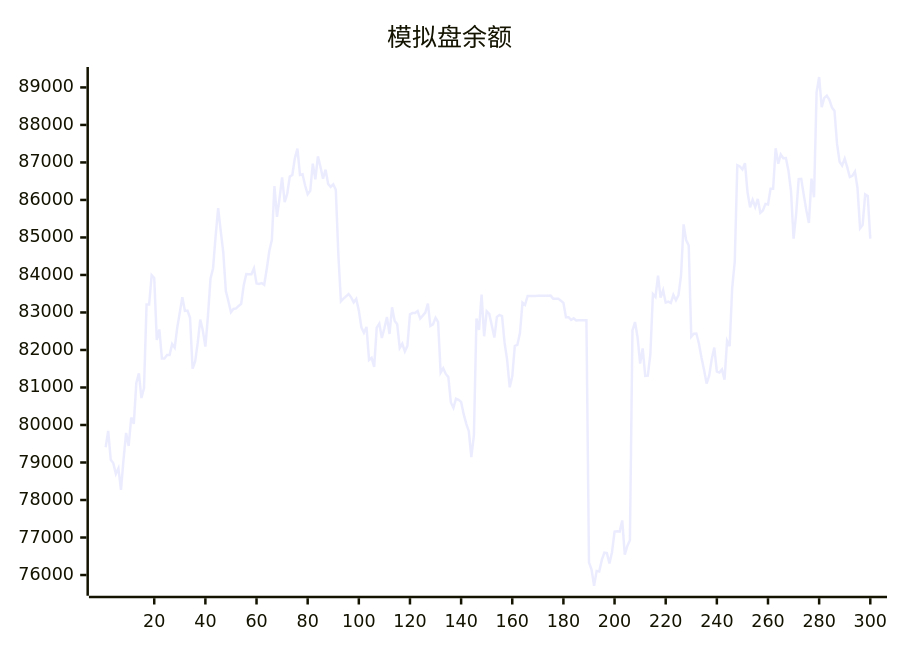
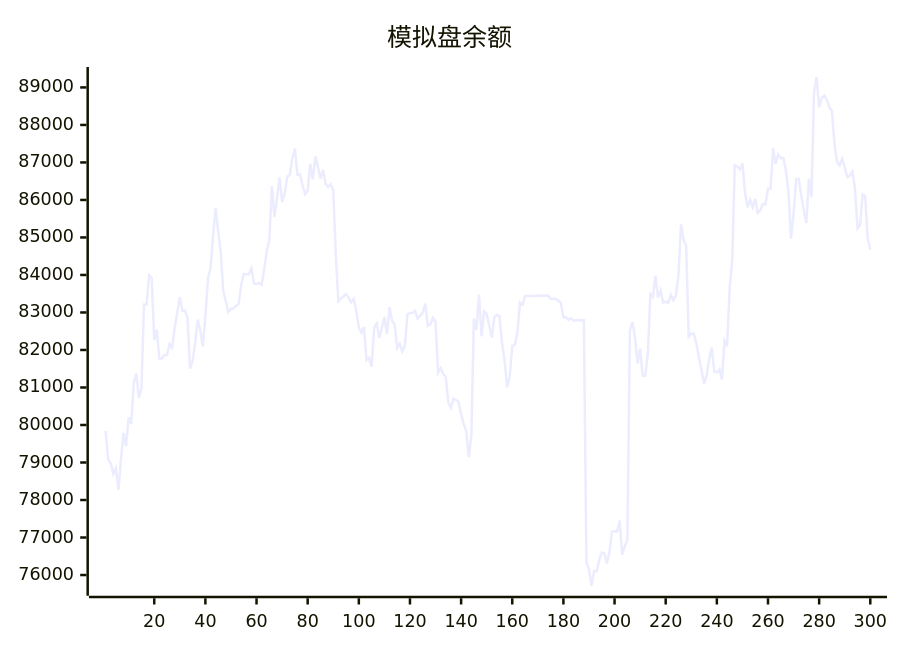
Before and after one commit to aahl/ai-trading: the diagram in README.md, drawn with Mermaid. The commit also changed other lines of this file and 1 other file, not shown here.

````diff
--- a/README.md
+++ b/README.md
@@ -5,5 +5,5 @@
 ```mermaid
 xychart
     title "模拟盘余额"
-    line [79406,79841,79072,78978,78696,78846,78272,79085,79787,79442,80198,80031,81120,81379,80718,80985,83214,83212,83993,83921,82270,82547,81776,81776,81866,81866,82158,82061,82596,83000,83408,83041,83050,82858,81503,81691,82188,82812,82517,82092,82901,83898,84180,85030,85781,85178,84604,83569,83298,83008,83093,83107,83175,83228,83729,84025,84017,84019,84177,83775,83762,83785,83738,84160,84639,84939,86370,85548,86046,86599,85942,86161,86622,86664,87115,87369,86666,86685,86384,86152,86243,86969,86548,87164,86885,86566,86809,86427,86348,86417,86273,84538,83299,83369,83430,83490,83404,83270,83362,83056,82605,82459,82614,81734,81788,81551,82598,82702,82320,82580,82878,82426,83139,82778,82686,82056,82166,81963,82110,82951,82983,82984,83038,82838,82915,82998,83235,82642,82682,82858,82746,81396,81512,81362,81277,80600,80461,80699,80673,80616,80288,80038,79836,79142,79722,82837,82533,83480,82366,83032,82960,82654,82330,82883,82934,82901,82188,81728,81005,81298,82110,82135,82449,83264,83203,83440,83439,83440,83440,83446,83447,83448,83447,83448,83449,83369,83369,83369,83313,83256,82872,82873,82801,82844,82785,82791,82791,82793,82794,76339,76145,75714,76110,76096,76397,76594,76585,76310,76607,77160,77170,77160,77456,76541,76774,76927,82520,82744,82337,81639,82040,81307,81314,81887,83490,83414,83984,83396,83594,83261,83287,83253,83470,83327,83465,83987,85348,84930,84786,82355,82433,82438,82167,81795,81466,81105,81315,81756,82064,81426,81398,81481,81210,82242,82099,83658,84359,86925,86892,86814,86980,86203,85802,86003,85811,86028,85657,85721,85896,85880,86300,86299,87378,86965,87214,87115,87118,86780,86238,84966,85623,86555,86562,86129,85722,85387,86569,86070,88870,89278,88477,88720,88781,88668,88467,88372,87493,87018,86917,87102,86870,86613,86644,86758,86317,85242,85334,86149,86106,84968]
+    line [79841,79072,78978,78696,78846,78272,79085,79787,79442,80198,80031,81120,81379,80718,80985,83214,83212,83993,83921,82270,82547,81776,81776,81866,81866,82158,82061,82596,83000,83408,83041,83050,82858,81503,81691,82188,82812,82517,82092,82901,83898,84180,85030,85781,85178,84604,83569,83298,83008,83093,83107,83175,83228,83729,84025,84017,84019,84177,83775,83762,83785,83738,84160,84639,84939,86370,85548,86046,86599,85942,86161,86622,86664,87115,87369,86666,86685,86384,86152,86243,86969,86548,87164,86885,86566,86809,86427,86348,86417,86273,84538,83299,83369,83430,83490,83404,83270,83362,83056,82605,82459,82614,81734,81788,81551,82598,82702,82320,82580,82878,82426,83139,82778,82686,82056,82166,81963,82110,82951,82983,82984,83038,82838,82915,82998,83235,82642,82682,82858,82746,81396,81512,81362,81277,80600,80461,80699,80673,80616,80288,80038,79836,79142,79722,82837,82533,83480,82366,83032,82960,82654,82330,82883,82934,82901,82188,81728,81005,81298,82110,82135,82449,83264,83203,83440,83439,83440,83440,83446,83447,83448,83447,83448,83449,83369,83369,83369,83313,83256,82872,82873,82801,82844,82785,82791,82791,82793,82794,76339,76145,75714,76110,76096,76397,76594,76585,76310,76607,77160,77170,77160,77456,76541,76774,76927,82520,82744,82337,81639,82040,81307,81314,81887,83490,83414,83984,83396,83594,83261,83287,83253,83470,83327,83465,83987,85348,84930,84786,82355,82433,82438,82167,81795,81466,81105,81315,81756,82064,81426,81398,81481,81210,82242,82099,83658,84359,86925,86892,86814,86980,86203,85802,86003,85811,86028,85657,85721,85896,85880,86300,86299,87378,86965,87214,87115,87118,86780,86238,84966,85623,86555,86562,86129,85722,85387,86569,86070,88870,89278,88477,88720,88781,88668,88467,88372,87493,87018,86917,87102,86870,86613,86644,86758,86317,85242,85334,86149,86106,84968,84671]
 ```
````
